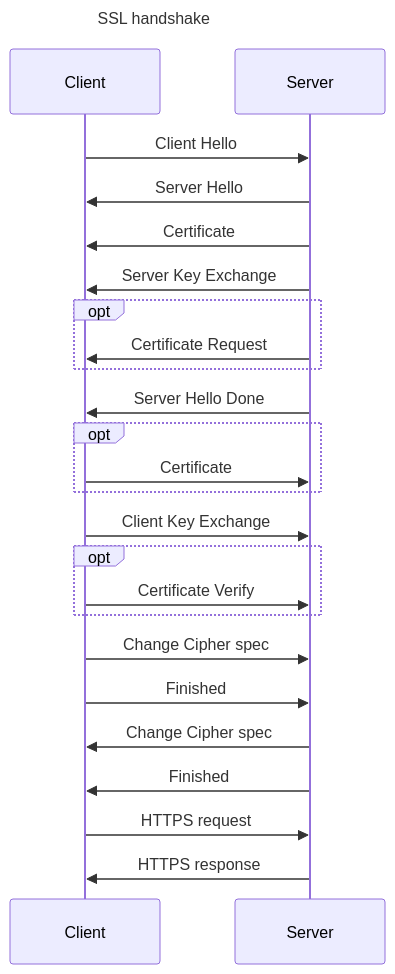
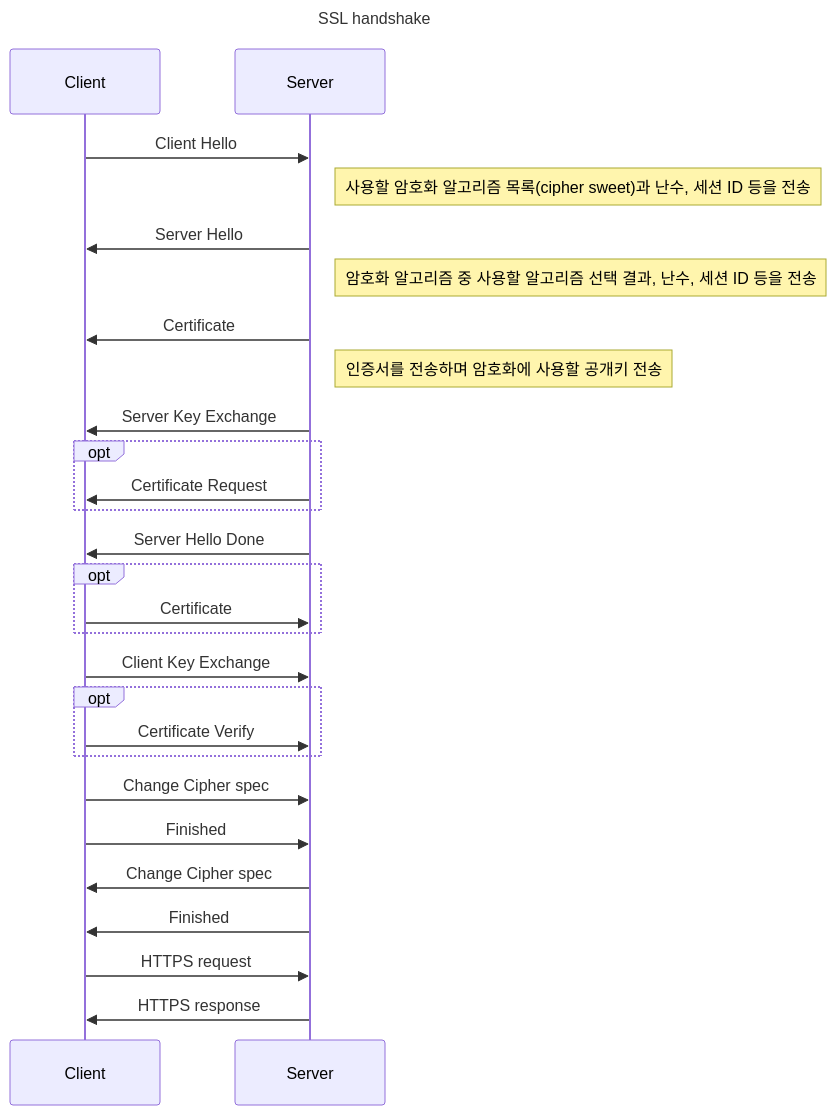
Before and after one commit to djccnt15/djccnt15.github.io: the third of 4 diagrams in docs/blog/posts/2024-07-25-web_client_server.md, drawn with Mermaid. The commit also changed other lines of this file, not shown here.

Commit message:
update post web_client_server add note to sequence diagram

````diff
--- a/docs/blog/posts/2024-07-25-web_client_server.md
+++ b/docs/blog/posts/2024-07-25-web_client_server.md
@@ -71,27 +74,30 @@
 ```mermaid
 ---
 title: SSL handshake
 ---
 sequenceDiagram
     Client ->> Server : Client Hello
+    Note right of Server : 사용할 암호화 알고리즘 목록(cipher sweet)과 난수, 세션 ID 등을 전송
     Server ->> Client : Server Hello
+    Note right of Server : 암호화 알고리즘 중 사용할 알고리즘 선택 결과, 난수, 세션 ID 등을 전송
     Server ->> Client : Certificate
+    Note right of Server : 인증서를 전송하며 암호화에 사용할 공개키 전송
     Server ->> Client : Server Key Exchange
     opt
         Server ->> Client : Certificate Request
     end
     Server ->> Client : Server Hello Done
     opt
         Client ->> Server : Certificate
     end
     Client ->> Server : Client Key Exchange
     opt
         Client ->> Server : Certificate Verify
     end
     Client ->> Server : Change Cipher spec
     Client ->> Server : Finished
     Server ->> Client : Change Cipher spec
     Server ->> Client : Finished
     Client ->> Server : HTTPS request
     Server ->> Client : HTTPS response
 ```
````
